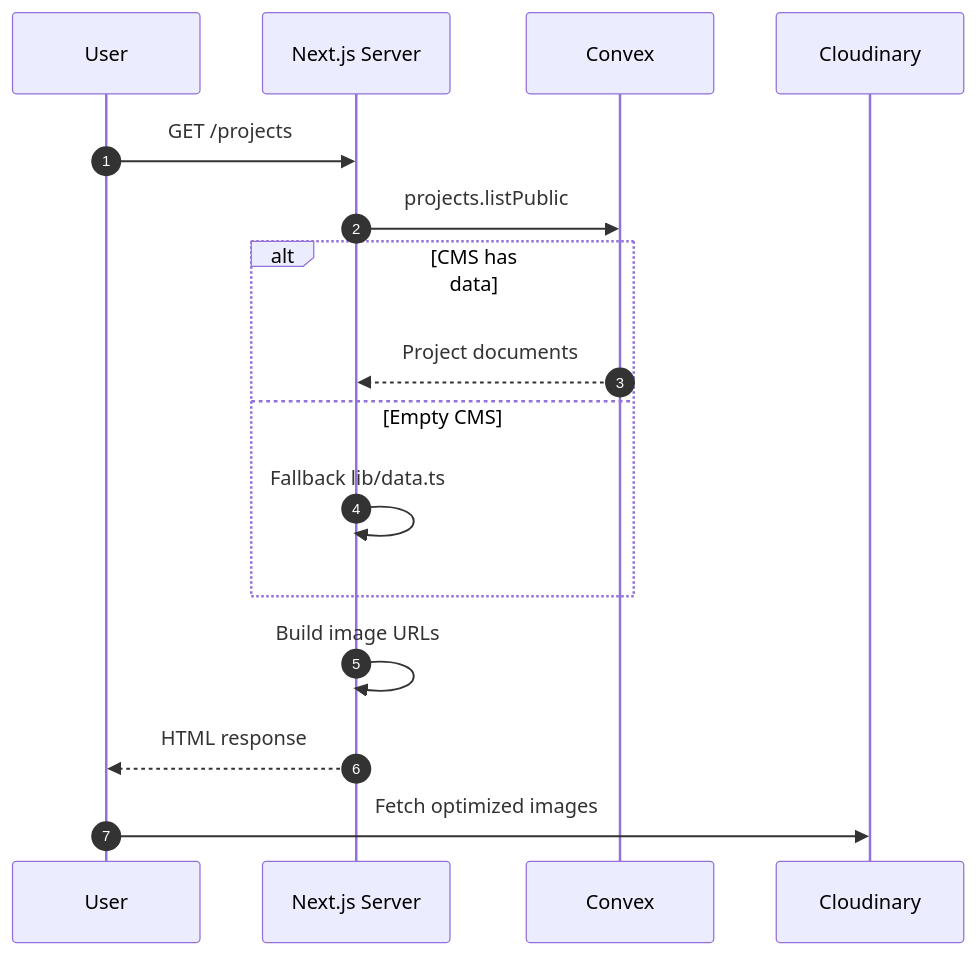
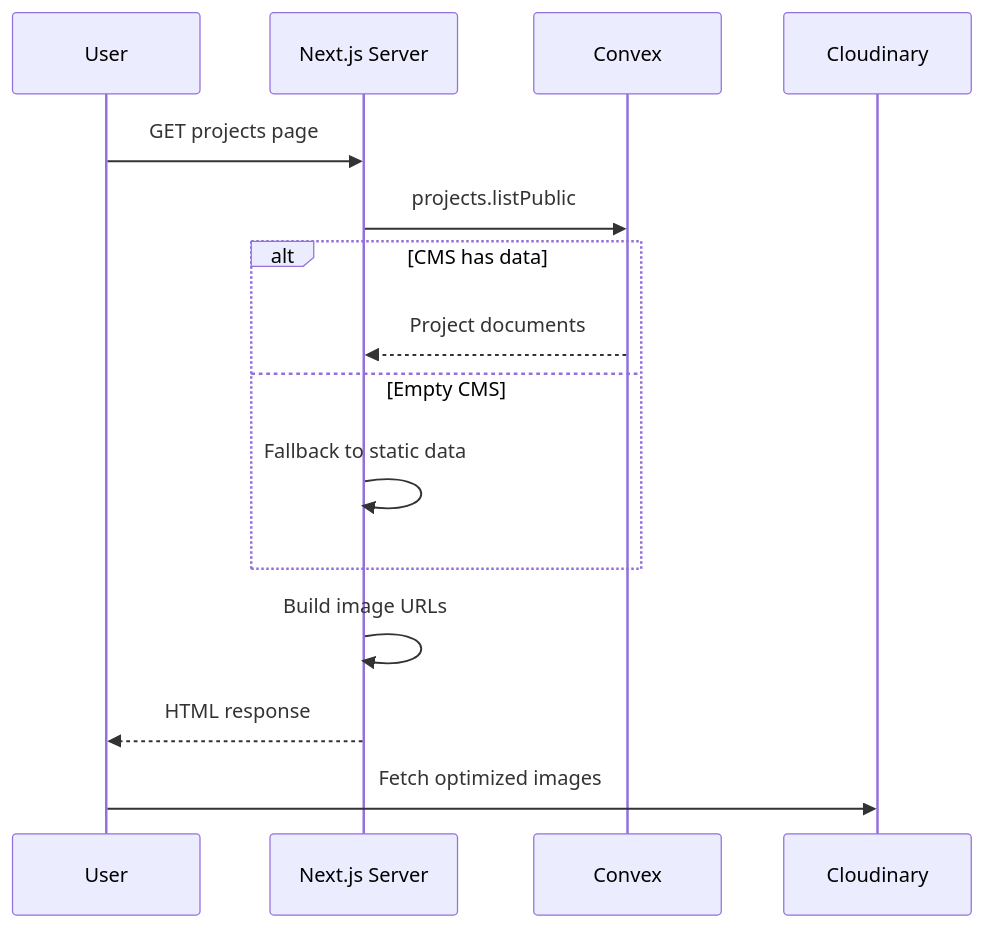
Before and after one commit to mawlid1431/Portfolio: the third of 15 diagrams in README.md, drawn with Mermaid. The commit also changed other lines of this file, not shown here.

````diff
--- a/README.md
+++ b/README.md
@@ -195,19 +214,18 @@
 ```mermaid
 sequenceDiagram
-  autonumber
   participant U as User
   participant N as Next.js Server
   participant C as Convex
   participant CL as Cloudinary
 
-  U->>N: GET /projects
+  U->>N: GET projects page
   N->>C: projects.listPublic
   alt CMS has data
     C-->>N: Project documents
   else Empty CMS
-    N->>N: Fallback lib/data.ts
+    N->>N: Fallback to static data
   end
   N->>N: Build image URLs
   N-->>U: HTML response
   U->>CL: Fetch optimized images
 ```
````
